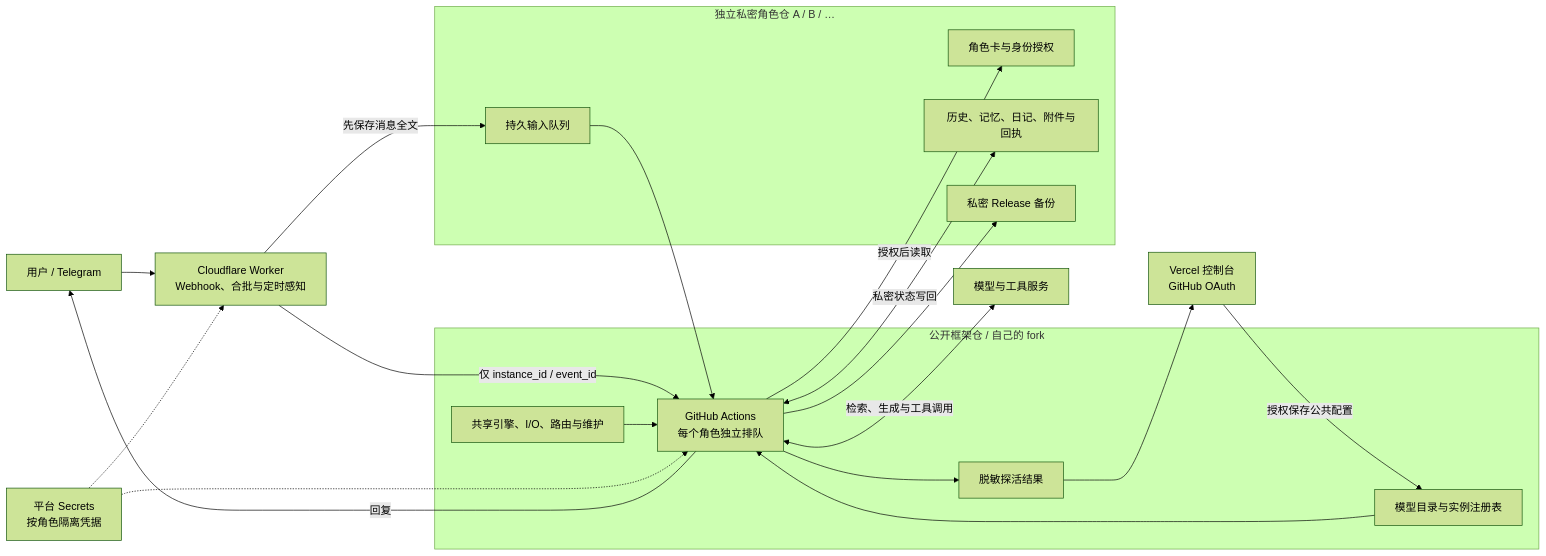
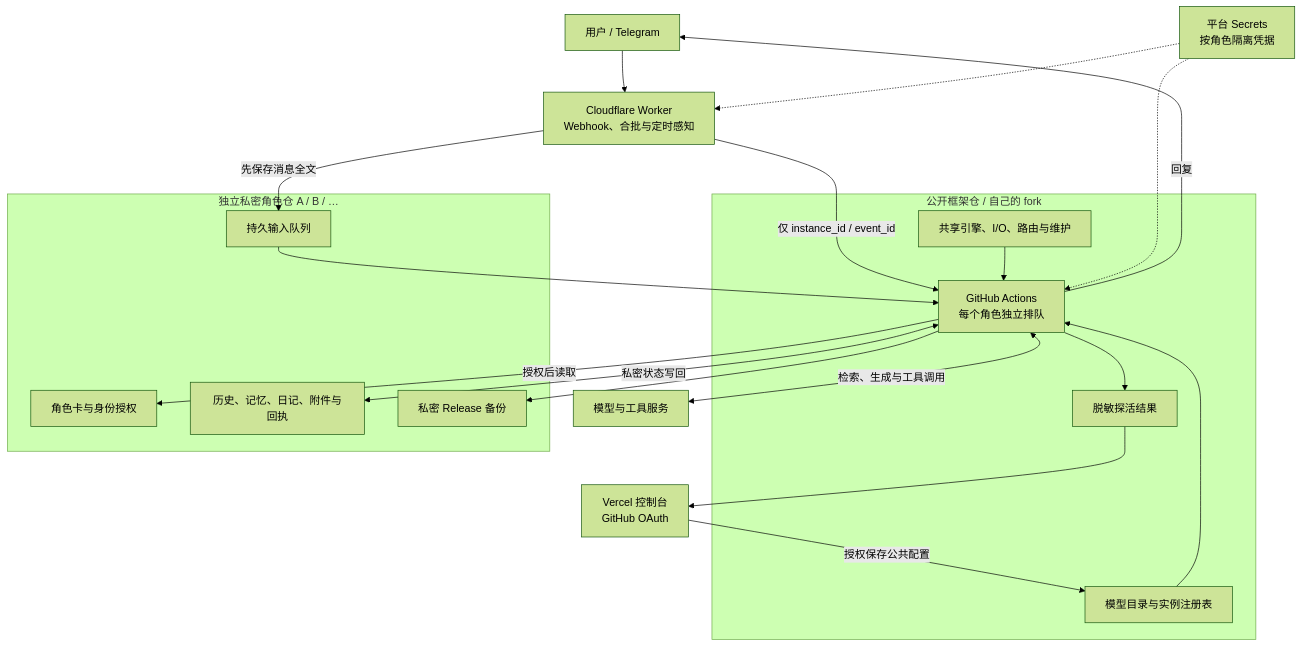
One commit to Hisou-Tenshi/RP-Core changed the first of 2 diagrams in README.md. Above: the diagram before and after it, drawn with Mermaid (forest theme). The commit also changed other lines of this file and 18 other files, not shown here.

Commit message:
Render README diagrams as source-checked PNGs and retain editable Mermaid

````diff
--- a/README.md
+++ b/README.md
@@ -43,40 +51,40 @@
 ```mermaid
-flowchart LR
+flowchart TB
     User["用户 / Telegram"]
     Model["模型与工具服务"]
     Secrets["平台 Secrets<br/>按角色隔离凭据"]
 
     subgraph Public["公开框架仓 / 自己的 fork"]
         Code["共享引擎、I/O、路由与维护"]
         Config["模型目录与实例注册表"]
         Actions["GitHub Actions<br/>每个角色独立排队"]
         Health["脱敏探活结果"]
     end
 
     subgraph Private["独立私密角色仓 A / B / …"]
         Card["角色卡与身份授权"]
         Inbox["持久输入队列"]
         State["历史、记忆、日记、附件与回执"]
         Backup["私密 Release 备份"]
     end
 
     Worker["Cloudflare Worker<br/>Webhook、合批与定时感知"]
     Console["Vercel 控制台<br/>GitHub OAuth"]
 
     User --> Worker
     Worker -->|"先保存消息全文"| Inbox
     Worker -->|"仅 instance_id / event_id"| Actions
     Config --> Actions
     Code --> Actions
     Secrets -.-> Actions
     Secrets -.-> Worker
     Actions -->|"授权后读取"| Card
     Inbox --> Actions
     Actions <-->|"检索、生成与工具调用"| Model
     Actions -->|"回复"| User
     Actions <-->|"私密状态写回"| State
     Actions --> Backup
     Actions --> Health
     Health --> Console
     Console -->|"授权保存公共配置"| Config
 ```
````
